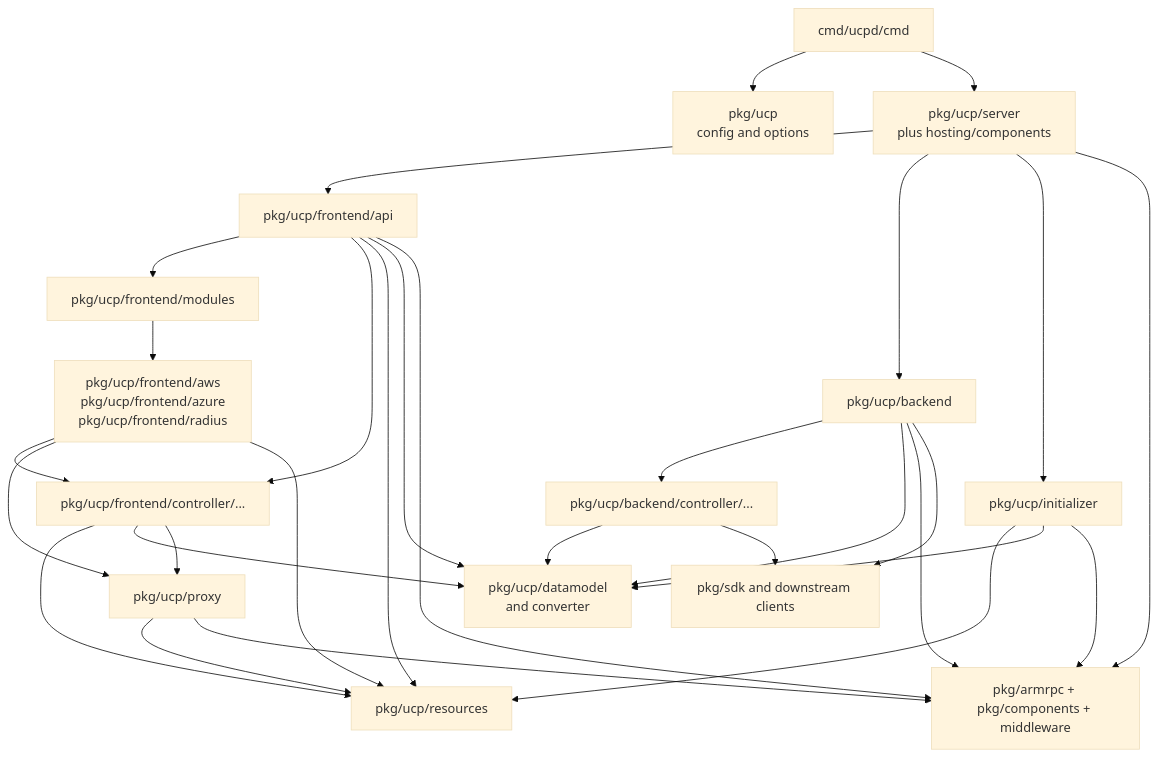
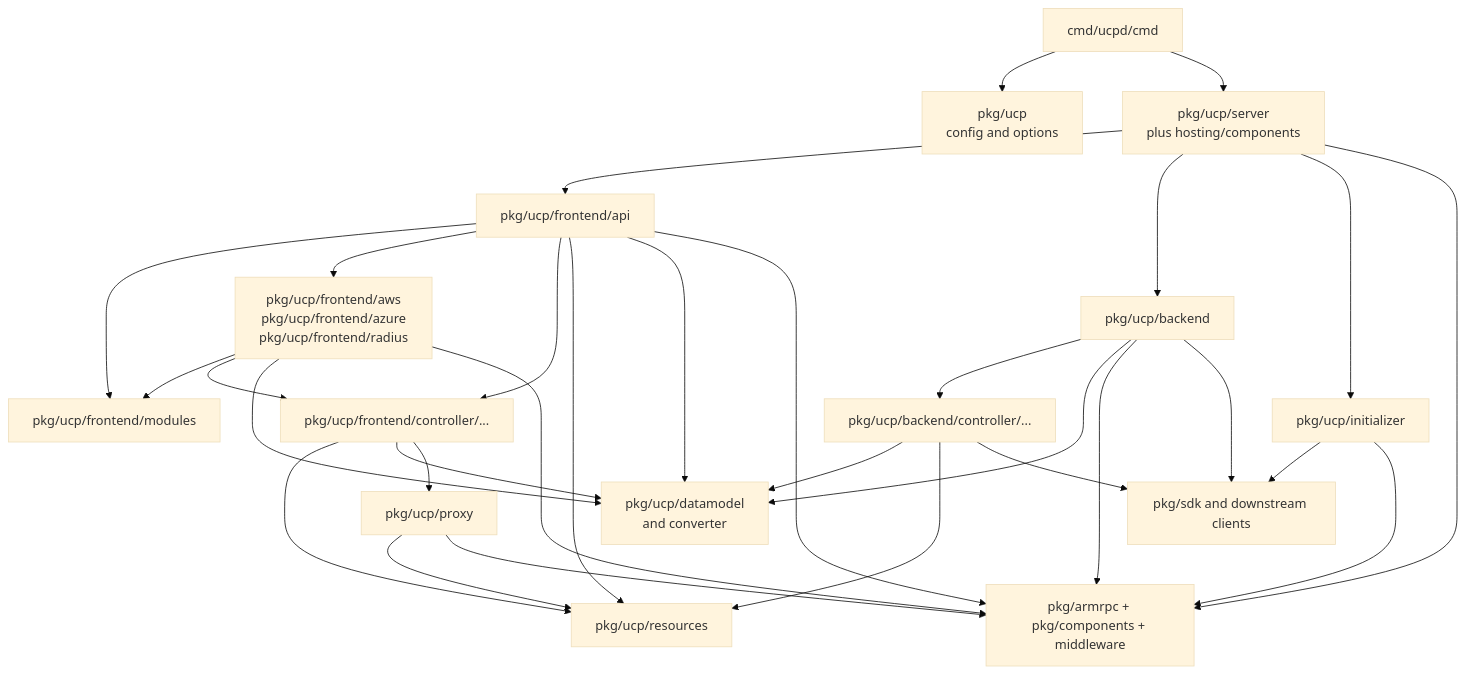
One commit to radius-project/radius changed the first of 2 diagrams in docs/architecture/ucp.md. Above: the diagram before and after it, drawn with Mermaid (base theme). The commit also changed other lines of this file and 3 other files, not shown here.

````diff
--- a/docs/architecture/ucp.md
+++ b/docs/architecture/ucp.md
@@ -96,48 +96,49 @@
 ```mermaid
 graph TD
   Root[cmd/ucpd/cmd]
-  Options[pkg/ucp\nconfig and options]
-  Host[pkg/ucp/server\nplus hosting/components]
+  Options["pkg/ucp<br/>config and options"]
+  Host["pkg/ucp/server<br/>plus hosting/components"]
   Frontend[pkg/ucp/frontend/api]
   Modules[pkg/ucp/frontend/modules]
-  PlaneFrontends[pkg/ucp/frontend/aws\npkg/ucp/frontend/azure\npkg/ucp/frontend/radius]
+  PlaneFrontends["pkg/ucp/frontend/aws<br/>pkg/ucp/frontend/azure<br/>pkg/ucp/frontend/radius"]
   FrontendControllers[pkg/ucp/frontend/controller/...]
   Proxy[pkg/ucp/proxy]
   Resources[pkg/ucp/resources]
-  DataModel[pkg/ucp/datamodel\nand converter]
+  DataModel["pkg/ucp/datamodel<br/>and converter"]
   Backend[pkg/ucp/backend]
   BackendControllers[pkg/ucp/backend/controller/...]
   Initializer[pkg/ucp/initializer]
   Shared[pkg/armrpc + pkg/components + middleware]
   SDK[pkg/sdk and downstream clients]
 
   Root --> Options
   Root --> Host
   Host --> Frontend
   Host --> Backend
   Host --> Initializer
   Host --> Shared
   Frontend --> Modules
+  Frontend --> PlaneFrontends
   Frontend --> FrontendControllers
   Frontend --> Resources
   Frontend --> DataModel
   Frontend --> Shared
-  Modules --> PlaneFrontends
+  PlaneFrontends --> Modules
   PlaneFrontends --> FrontendControllers
-  PlaneFrontends --> Proxy
-  PlaneFrontends --> Resources
+  PlaneFrontends --> DataModel
+  PlaneFrontends --> Shared
   FrontendControllers --> Resources
   FrontendControllers --> DataModel
   FrontendControllers --> Proxy
   Backend --> BackendControllers
   Backend --> DataModel
   Backend --> Shared
   Backend --> SDK
   BackendControllers --> DataModel
+  BackendControllers --> Resources
   BackendControllers --> SDK
   Proxy --> Resources
   Proxy --> Shared
-  Initializer --> Resources
-  Initializer --> DataModel
+  Initializer --> SDK
   Initializer --> Shared
 ```
````
